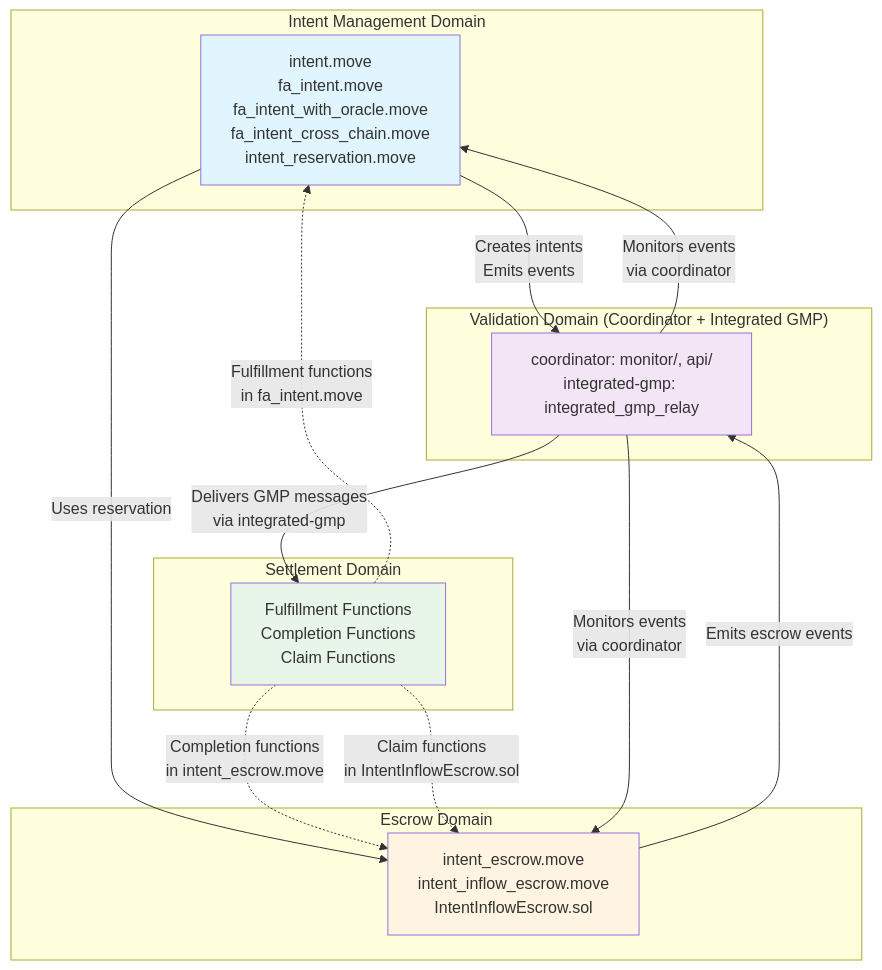
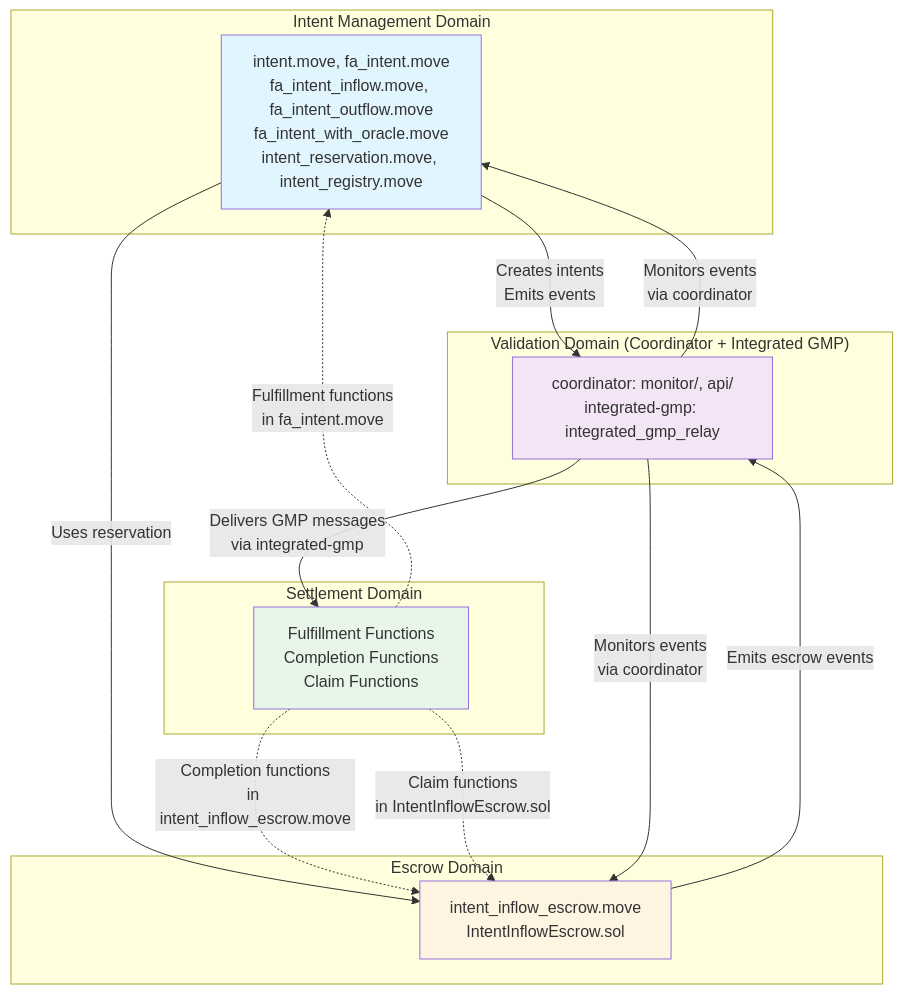
Before and after one commit to apenzk/int3nts: the second of 2 diagrams in docs/architecture/architecture-component-mapping.md, drawn with Mermaid. The commit also changed other lines of this file and 36 other files, not shown here.

````diff
--- a/docs/architecture/architecture-component-mapping.md
+++ b/docs/architecture/architecture-component-mapping.md
@@ -57,33 +57,33 @@
 ```mermaid
 graph TB
     subgraph "Intent Management Domain"
-        IM[intent.move<br/>fa_intent.move<br/>fa_intent_with_oracle.move<br/>fa_intent_cross_chain.move<br/>intent_reservation.move]
+        IM[intent.move, fa_intent.move<br/>fa_intent_inflow.move, fa_intent_outflow.move<br/>fa_intent_with_oracle.move<br/>intent_reservation.move, intent_registry.move]
     end
 
     subgraph "Escrow Domain"
-        EM[intent_escrow.move<br/>intent_inflow_escrow.move<br/>IntentInflowEscrow.sol]
+        EM[intent_inflow_escrow.move<br/>IntentInflowEscrow.sol]
     end
 
     subgraph "Settlement Domain"
         SM[Fulfillment Functions<br/>Completion Functions<br/>Claim Functions]
     end
 
     subgraph "Validation Domain (Coordinator + Integrated GMP)"
         VM[coordinator: monitor/, api/<br/>integrated-gmp: integrated_gmp_relay]
     end
 
     IM -->|Creates intents<br/>Emits events| VM
     IM -->|Uses reservation| EM
     EM -->|Emits escrow events| VM
     SM -.->|Fulfillment functions<br/>in fa_intent.move| IM
-    SM -.->|Completion functions<br/>in intent_escrow.move| EM
+    SM -.->|Completion functions<br/>in intent_inflow_escrow.move| EM
     SM -.->|Claim functions<br/>in IntentInflowEscrow.sol| EM
     VM -->|Delivers GMP messages<br/>via integrated-gmp| SM
     VM -->|Monitors events<br/>via coordinator| IM
     VM -->|Monitors events<br/>via coordinator| EM
 
     style IM fill:#e1f5ff,color:#333
     style EM fill:#fff4e1,color:#333
     style SM fill:#e8f5e9,color:#333
     style VM fill:#f3e5f5,color:#333
 ```
````
